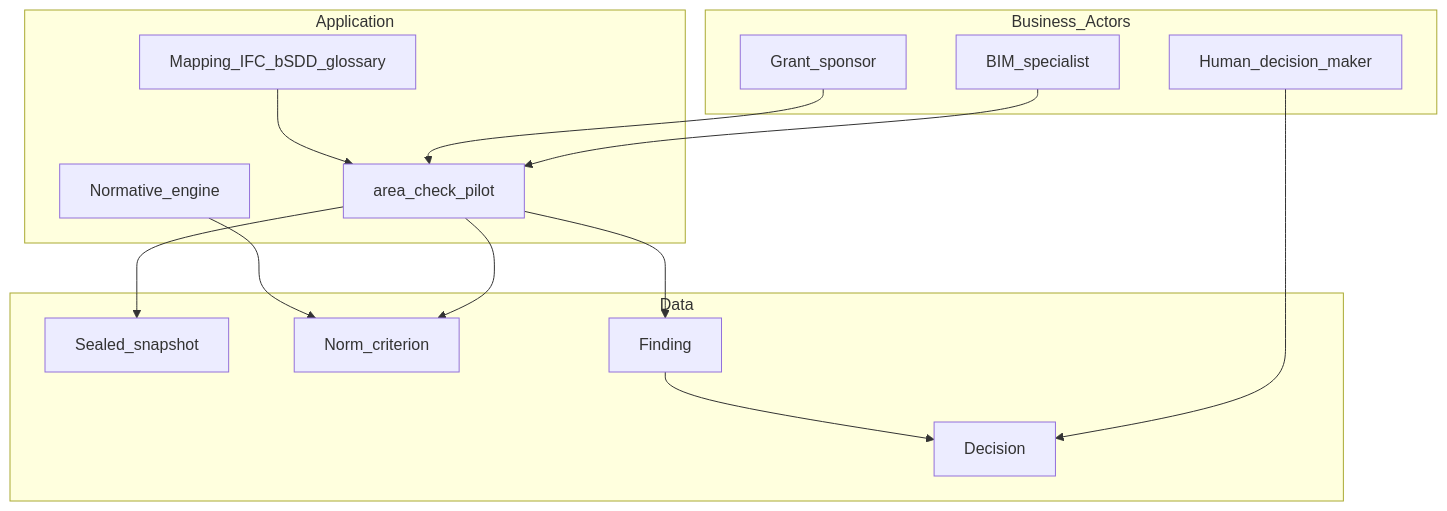
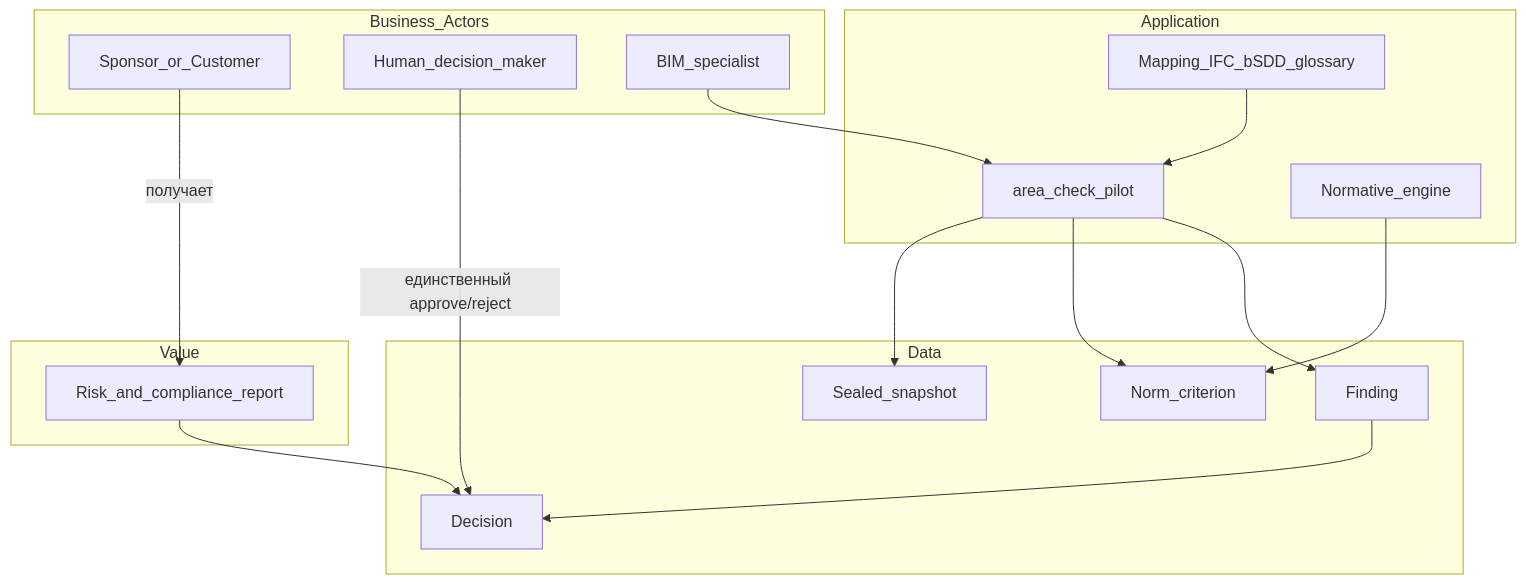
Before and after one commit to kirsunn/AVGALAXY: the diagram in architecture/archimate-context.md, drawn with Mermaid. The commit also changed other lines of this file and 7 other files, not shown here.

First line of the commit message:
Close G0 sponsor gaps: ArchiMate/BPMN human gate, ROI line, 90-day proof, TASKS queue.

````diff
--- a/architecture/archimate-context.md
+++ b/architecture/archimate-context.md
@@ -5,28 +7,32 @@
 ```mermaid
 flowchart TB
-  subgraph stakeholders [Business_Actors]
+  subgraph actors [Business_Actors]
+    Sponsor[Sponsor_or_Customer]
     Human[Human_decision_maker]
-    Grant[Grant_sponsor]
     BIMSpec[BIM_specialist]
+  end
+  subgraph value [Value]
+    Report[Risk_and_compliance_report]
   end
   subgraph app [Application]
     Pilot[area_check_pilot]
     NormEng[Normative_engine]
     Mapping[Mapping_IFC_bSDD_glossary]
   end
   subgraph data [Data]
     Snapshot[Sealed_snapshot]
     Criterion[Norm_criterion]
     Finding[Finding]
     Decision[Decision]
   end
-  Human --> Decision
+  Sponsor -->|"получает"| Report
+  Report --> Decision
+  Human -->|"единственный approve/reject"| Decision
   BIMSpec --> Pilot
-  Grant --> Pilot
   Pilot --> Snapshot
   Pilot --> Criterion
   Pilot --> Finding
   Finding --> Decision
   Mapping --> Pilot
   NormEng --> Criterion
 ```
````
